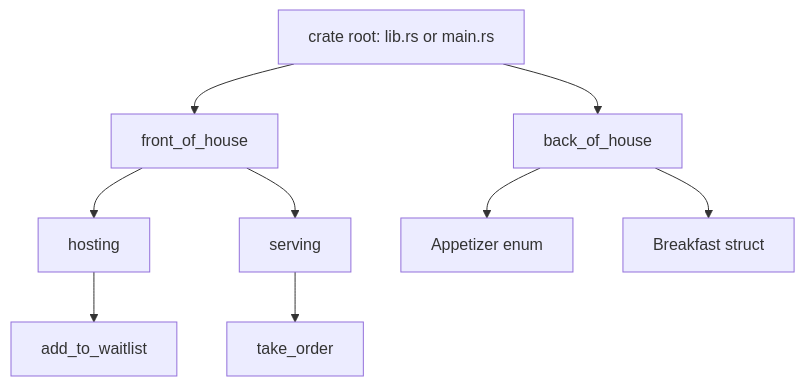
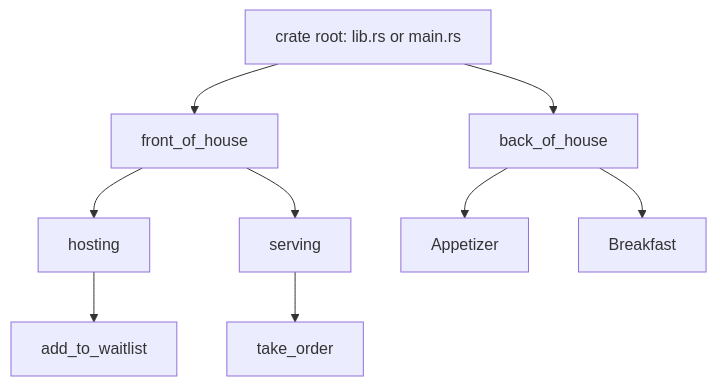
Before and after one commit to justinbrianhwang/SJ-wiki: the diagram in docs/cs/programming/rust/packages-crates-modules.md, drawn with Mermaid. The commit also changed other lines of this file and 955 other files, not shown here.

````diff
--- a/docs/cs/programming/rust/packages-crates-modules.md
+++ b/docs/cs/programming/rust/packages-crates-modules.md
@@ -52,11 +16,11 @@
 ```mermaid
 flowchart TD
   A["crate root: lib.rs or main.rs"] --> B[front_of_house]
   B --> C[hosting]
   B --> D[serving]
   A --> E[back_of_house]
-  E --> F[Appetizer enum]
-  E --> G[Breakfast struct]
+  E --> F[Appetizer]
+  E --> G[Breakfast]
   C --> H[add_to_waitlist]
   D --> I[take_order]
 ```
````
